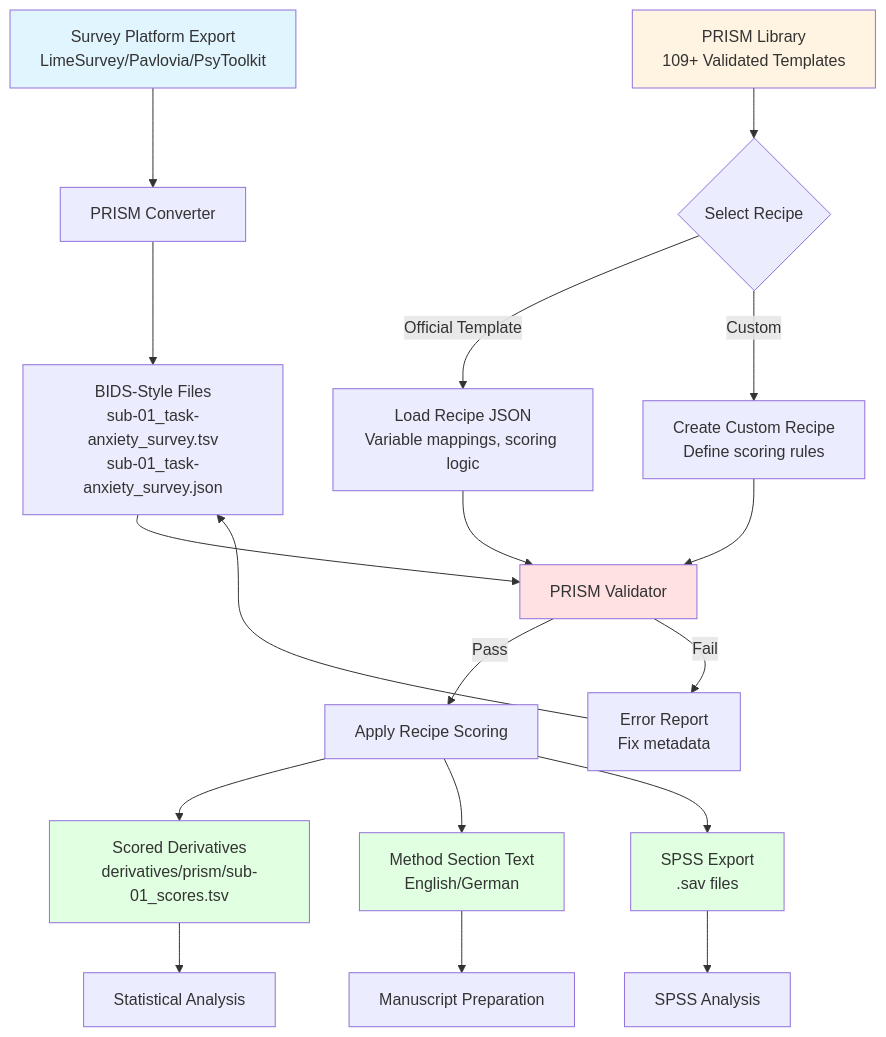
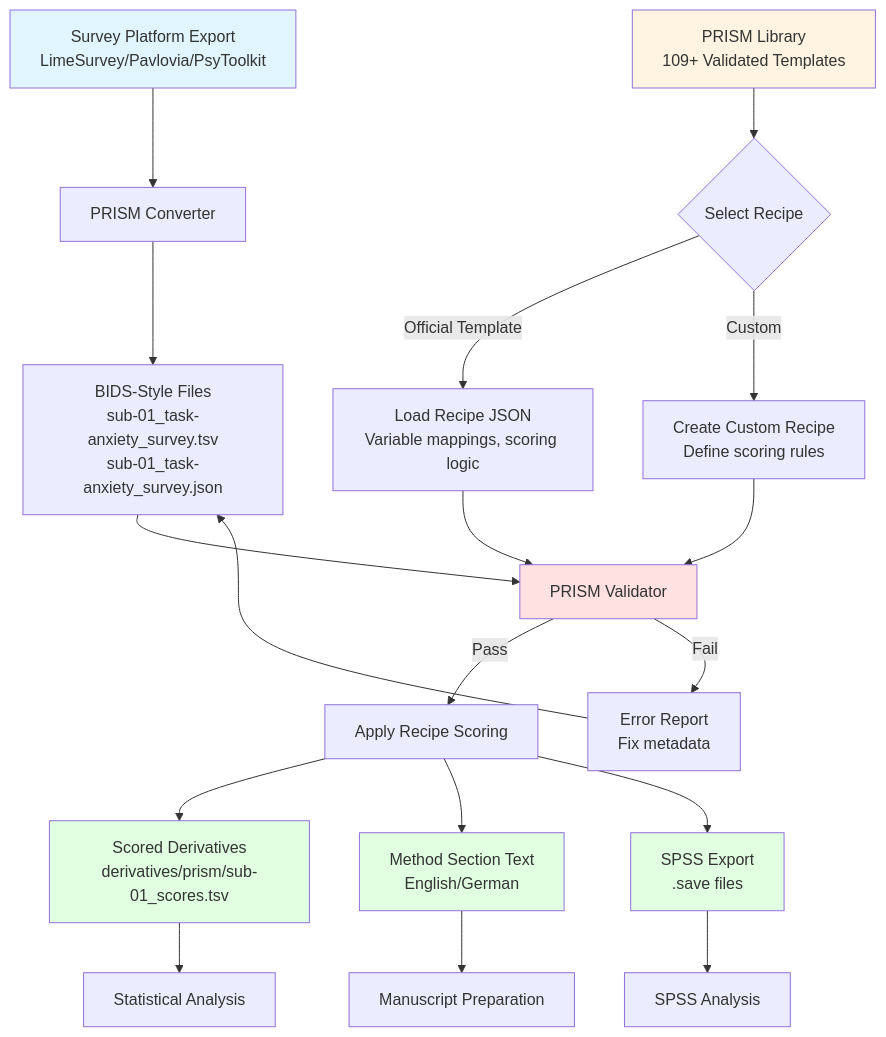
The diagram in paper/paper.md (MRI-Lab-Graz/prism-studio), drawn with Mermaid before and after one commit. The commit also changed 31 other files, not shown here.

````diff
--- a/paper/paper.md
+++ b/paper/paper.md
@@ -124,32 +124,32 @@
 ```mermaid
 flowchart TD
     A[Survey Platform Export<br/>LimeSurvey/Pavlovia/PsyToolkit] --> B[PRISM Converter]
     B --> C[BIDS-Style Files<br/>sub-01_task-anxiety_survey.tsv<br/>sub-01_task-anxiety_survey.json]
     
     D[PRISM Library<br/>109+ Validated Templates] --> E{Select Recipe}
     E -->|Official Template| F[Load Recipe JSON<br/>Variable mappings, scoring logic]
     E -->|Custom| G[Create Custom Recipe<br/>Define scoring rules]
     
     C --> H[PRISM Validator]
     F --> H
     G --> H
     
     H -->|Pass| I[Apply Recipe Scoring]
     H -->|Fail| J[Error Report<br/>Fix metadata]
     J --> C
     
     I --> K[Scored Derivatives<br/>derivatives/prism/sub-01_scores.tsv]
     I --> L[Method Section Text<br/>English/German]
-    I --> M[SPSS Export<br/>.sav files]
+    I --> M[SPSS Export<br/>.save files]
     
     K --> N[Statistical Analysis]
     L --> O[Manuscript Preparation]
     M --> P[SPSS Analysis]
     
     style A fill:#e1f5ff
     style D fill:#fff4e1
     style H fill:#ffe1e1
     style K fill:#e1ffe1
     style L fill:#e1ffe1
     style M fill:#e1ffe1
 ```
````
